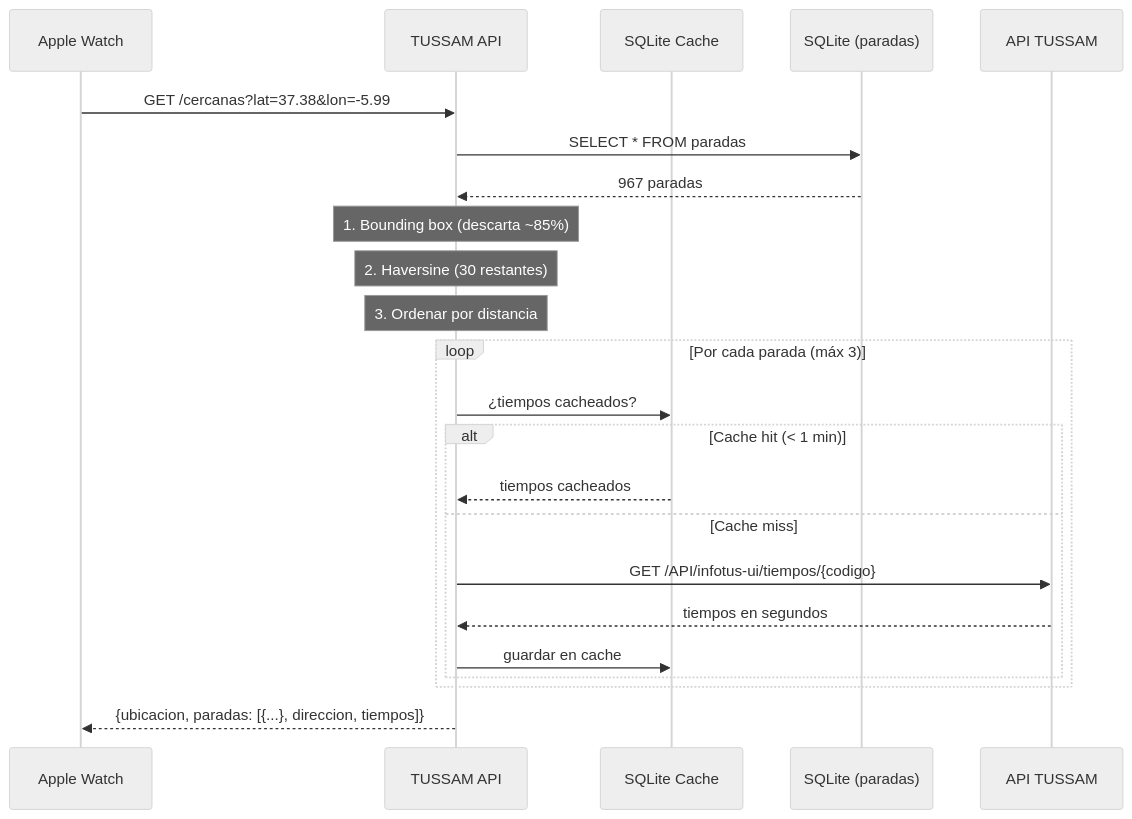
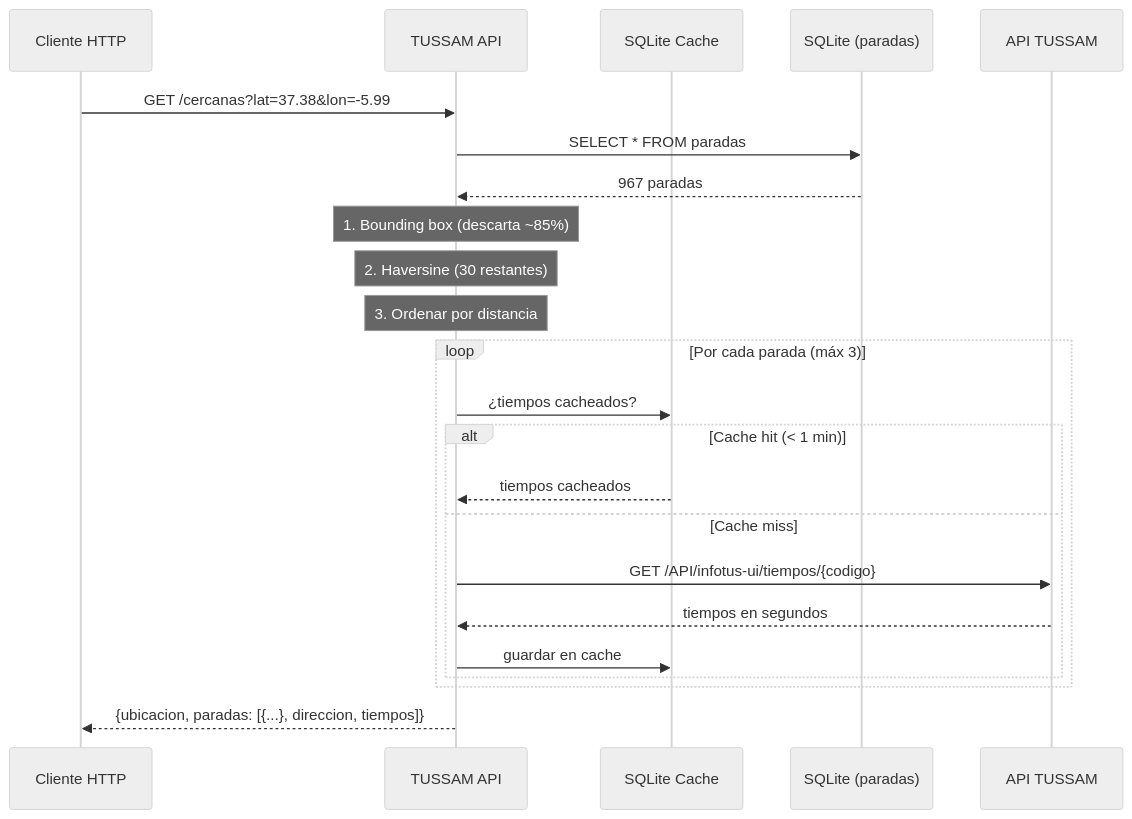
The second of 3 diagrams in README.md (686f6c61/API-TUSSAM), drawn with Mermaid (neutral theme) before and after one commit. The commit also changed other lines of this file and 4 other files, not shown here.

````diff
--- a/README.md
+++ b/README.md
@@ -73,30 +73,30 @@
 ```mermaid
 sequenceDiagram
-    participant Watch as Apple Watch
+    participant Cliente as Cliente HTTP
     participant API as TUSSAM API
     participant Cache as SQLite Cache
     participant SQLite as SQLite (paradas)
     participant TUSSAM as API TUSSAM
 
-    Watch->>API: GET /cercanas?lat=37.38&lon=-5.99
+    Cliente->>API: GET /cercanas?lat=37.38&lon=-5.99
 
     API->>SQLite: SELECT * FROM paradas
     SQLite-->>API: 967 paradas
 
     Note over API: 1. Bounding box (descarta ~85%)
     Note over API: 2. Haversine (30 restantes)
     Note over API: 3. Ordenar por distancia
 
     loop Por cada parada (máx 3)
         API->>Cache: ¿tiempos cacheados?
         alt Cache hit (< 1 min)
             Cache-->>API: tiempos cacheados
         else Cache miss
             API->>TUSSAM: GET /API/infotus-ui/tiempos/{codigo}
             TUSSAM-->>API: tiempos en segundos
             API->>Cache: guardar en cache
         end
     end
 
-    API-->>Watch: {ubicacion, paradas: [{...}, direccion, tiempos]}
+    API-->>Cliente: {ubicacion, paradas: [{...}, direccion, tiempos]}
 ```
````
